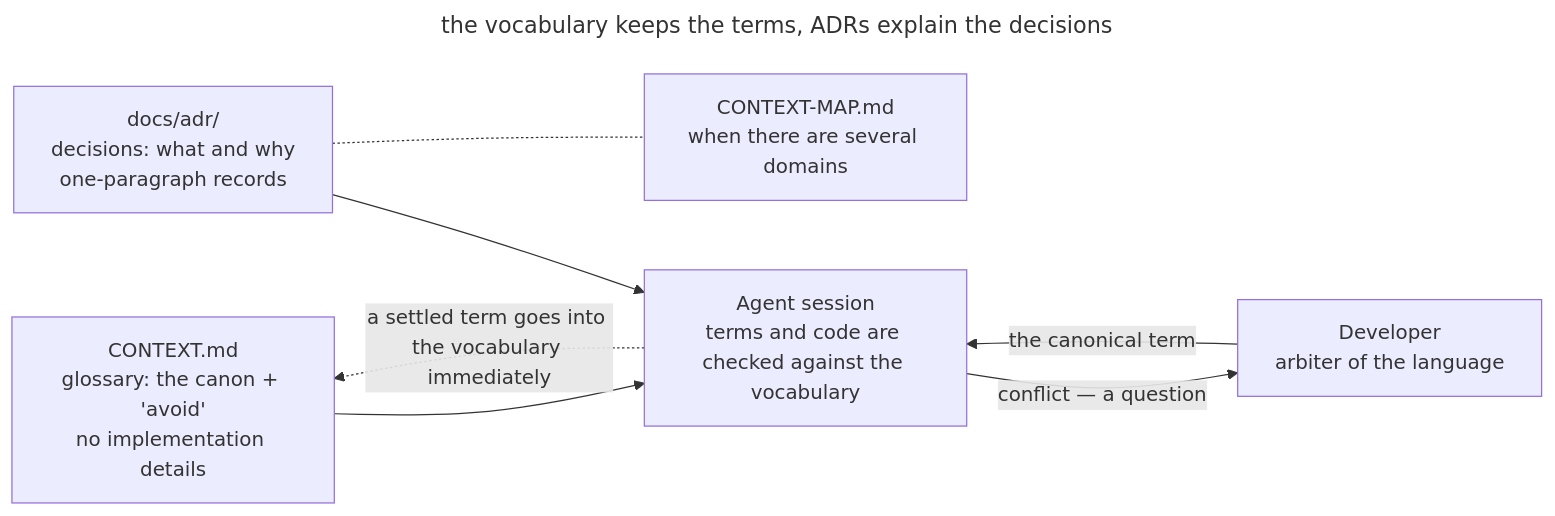
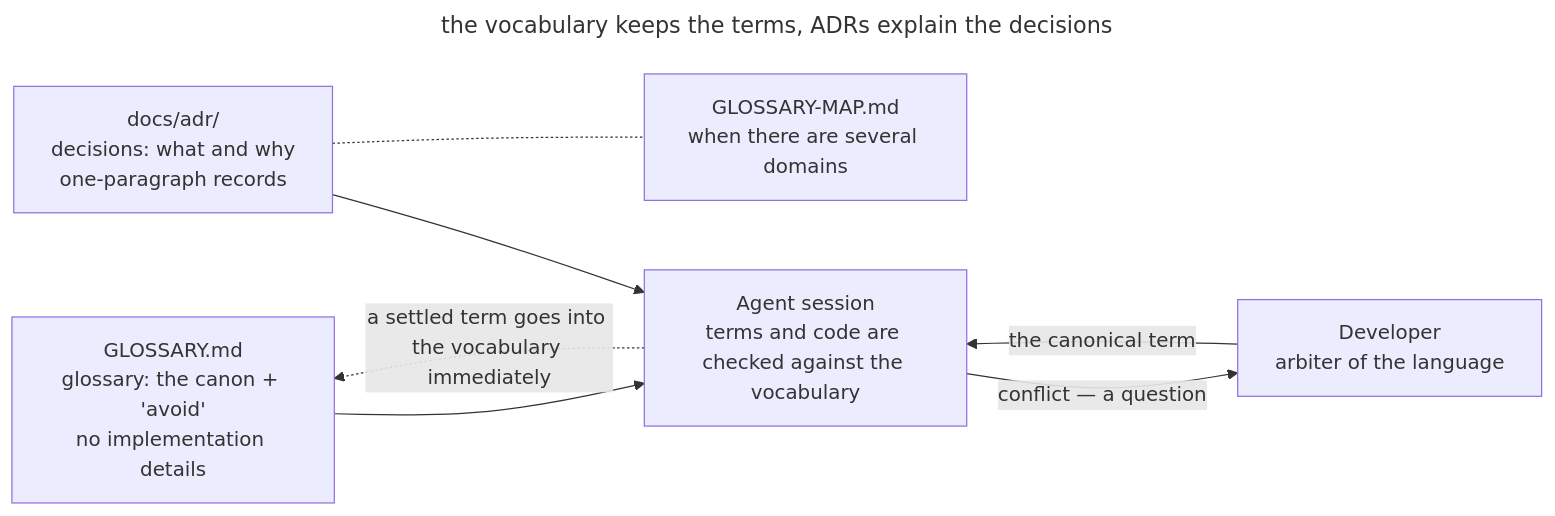
The diagram in book/en/domain-context-file.md (mokevnin/agentic-coding-design-patterns), drawn with Mermaid before and after one commit. The commit also changed other lines of this file and 78 other files, not shown here.

````diff
--- a/book/en/domain-context-file.md
+++ b/book/en/domain-context-file.md
@@ -47,17 +47,17 @@
 ```mermaid
 ---
 title: the vocabulary keeps the terms, ADRs explain the decisions
 ---
 flowchart LR
-  glossary["CONTEXT.md<br/>glossary: the canon + 'avoid'<br/>no implementation details"]:::accent
+  glossary["GLOSSARY.md<br/>glossary: the canon + 'avoid'<br/>no implementation details"]:::accent
   adr["docs/adr/<br/>decisions: what and why<br/>one-paragraph records"]
-  map["CONTEXT-MAP.md<br/>when there are several domains"]:::muted
+  map["GLOSSARY-MAP.md<br/>when there are several domains"]:::muted
   session["Agent session<br/>terms and code are checked against the vocabulary"]
   dev["Developer<br/>arbiter of the language"]:::accent
   glossary --> session
   adr --> session
   adr -.- map
   session -- "conflict — a question" --> dev
   dev -- "the canonical term" --> session
   session -. "a settled term goes into the vocabulary immediately" .-> glossary
 ```
````
